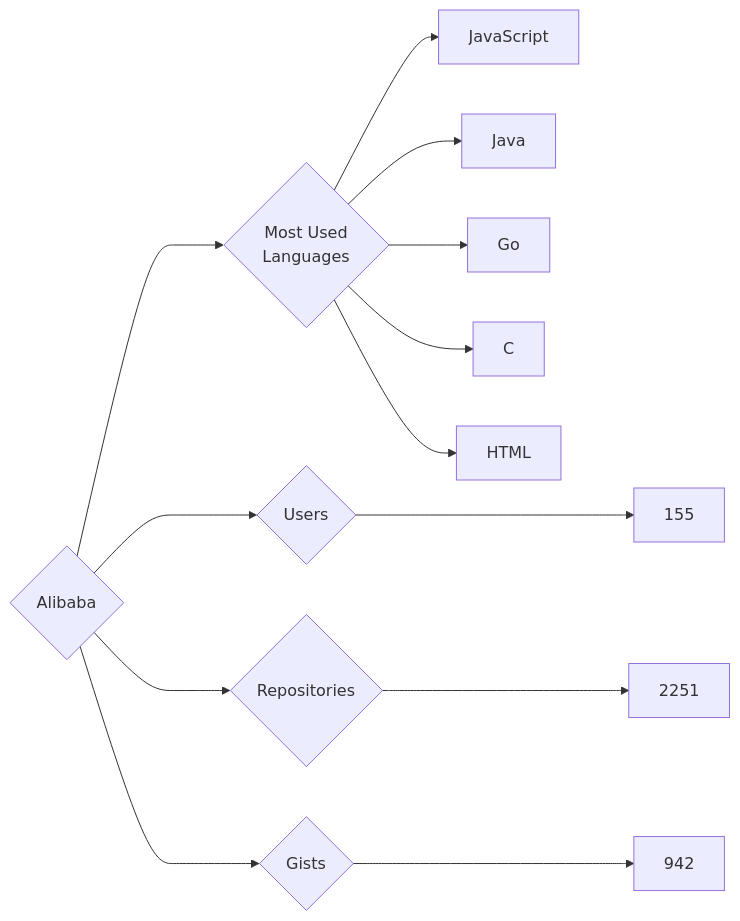
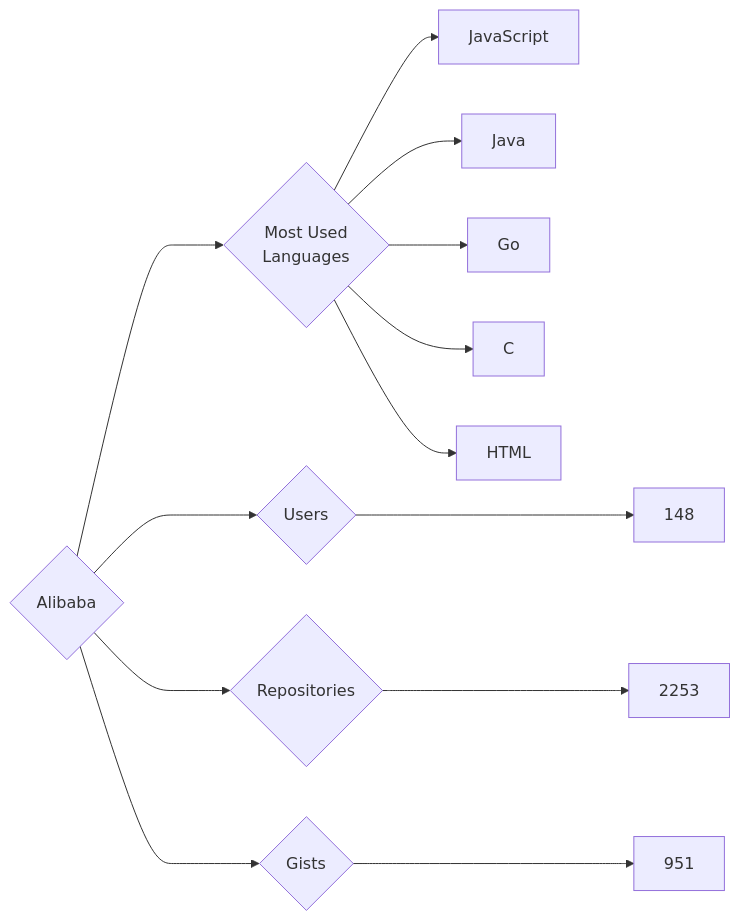
The diagram in targets/Alibaba/README.md (trickest/insiders), drawn with Mermaid before and after one commit. The commit also changed 1195 other files, not shown here.

````diff
--- a/targets/Alibaba/README.md
+++ b/targets/Alibaba/README.md
@@ -3,13 +3,13 @@
 ```mermaid
 graph LR
 COMPANY_NAME{Alibaba}
-COMPANY_NAME ---> U{Users} ---> UN[155]
-COMPANY_NAME ---> R{Repositories} ---> RN[2251]
-COMPANY_NAME ---> G{Gists} ---> GN[942]
+COMPANY_NAME ---> U{Users} ---> UN[148]
+COMPANY_NAME ---> R{Repositories} ---> RN[2253]
+COMPANY_NAME ---> G{Gists} ---> GN[951]
 COMPANY_NAME ---> ML{Most Used<br>Languages}
 ML --> JavaScript[JavaScript]
 ML --> Java[Java]
 ML --> Go[Go]
 ML --> C[C]
 ML --> HTML[HTML]
 ```
````
